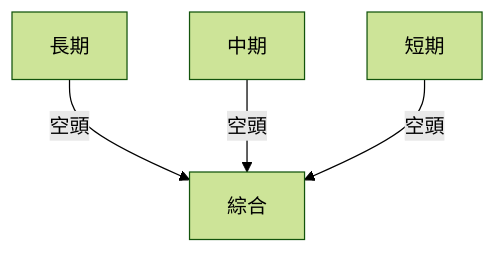
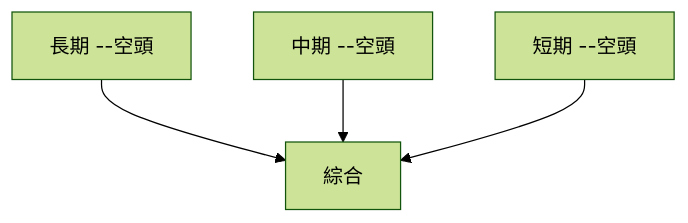
One commit to yennanliu/finance_data changed the ninth of 11 diagrams in ai_gen_report/stock/sofi/technical_analysis_2026-03-28_openai.md. Above: the diagram before and after it, drawn with Mermaid (forest theme). The commit also changed other lines of this file and 2258 other files, not shown here.

First line of the commit message:
chore: backfill Mermaid syntax repair across existing reports

````diff
--- a/ai_gen_report/stock/sofi/technical_analysis_2026-03-28_openai.md
+++ b/ai_gen_report/stock/sofi/technical_analysis_2026-03-28_openai.md
@@ -308,6 +308,6 @@
 ```mermaid
 graph TD
-    長期 --空頭--> 綜合
-    中期 --空頭--> 綜合
-    短期 --空頭--> 綜合
+    nb1["長期 --空頭"] --> 綜合
+    nb2["中期 --空頭"] --> 綜合
+    nb3["短期 --空頭"] --> 綜合
 ```
````
